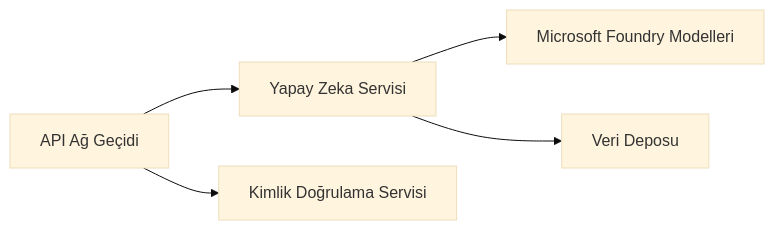
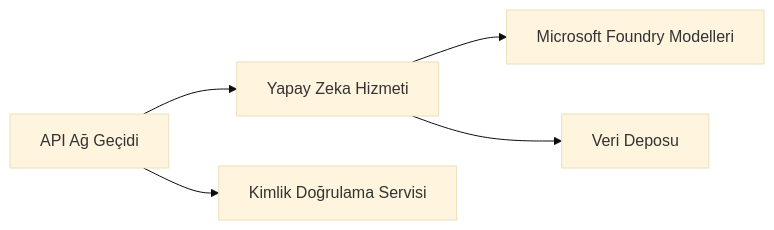
One commit to microsoft/AZD-for-beginners changed the first of 2 diagrams in translations/tr/docs/chapter-08-production/README.md. Above: the diagram before and after it, drawn with Mermaid (base theme). The commit also changed other lines of this file and 104 other files, not shown here.

````diff
--- a/translations/tr/docs/chapter-08-production/README.md
+++ b/translations/tr/docs/chapter-08-production/README.md
@@ -48,6 +48,6 @@
 ```mermaid
 graph LR
-    Gateway[API Ağ Geçidi] --> AI[Yapay Zeka Servisi] --> Models[Microsoft Foundry Modelleri]
+    Gateway[API Ağ Geçidi] --> AI[Yapay Zeka Hizmeti] --> Models[Microsoft Foundry Modelleri]
     Gateway --> Auth[Kimlik Doğrulama Servisi]
     AI --> Data[Veri Deposu]
 ```
````
